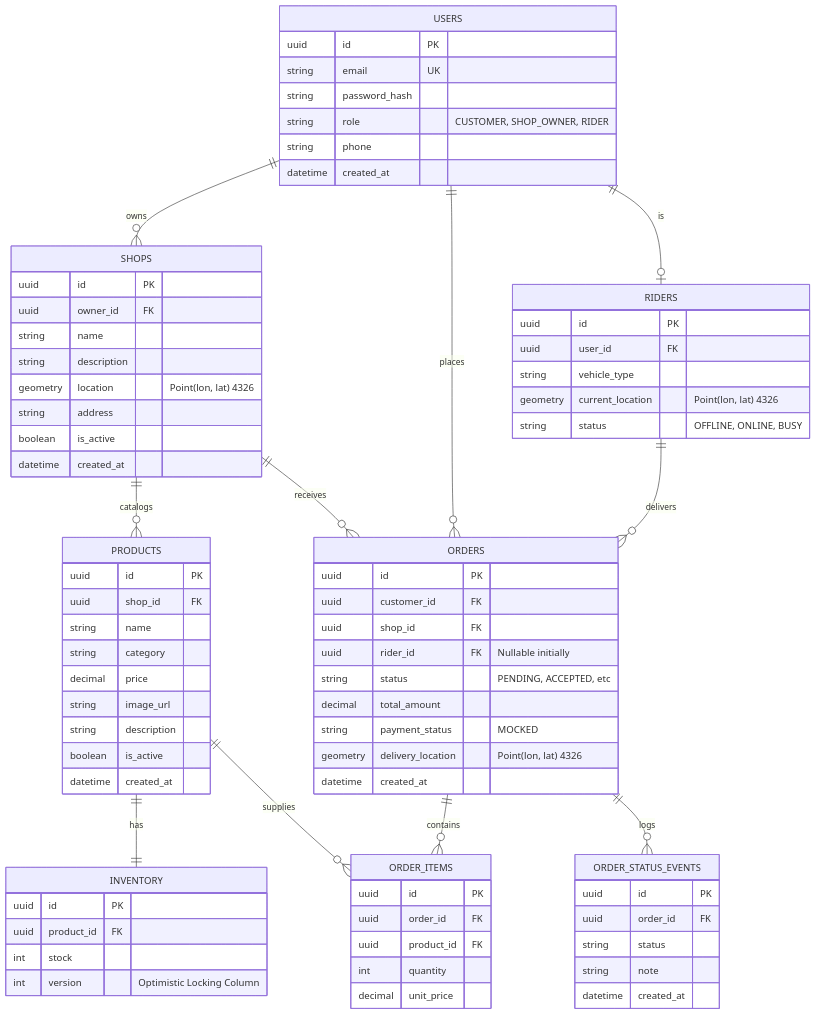
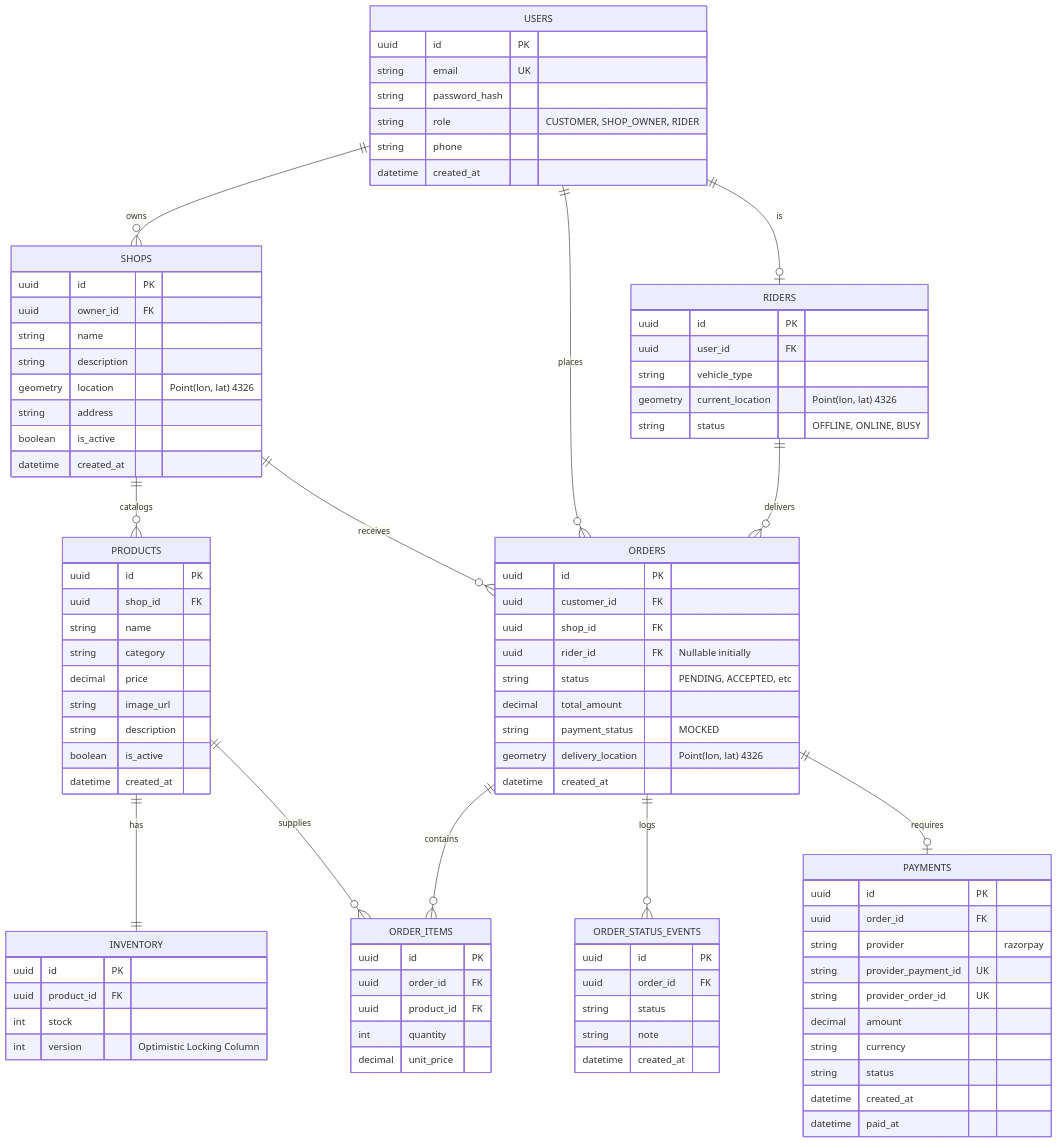
Before and after one commit to sagarraj0570/dukaanly: the diagram in docs/DATABASE_DESIGN.md, drawn with Mermaid. The commit also changed 16 other files, not shown here.

```diff
--- a/docs/DATABASE_DESIGN.md
+++ b/docs/DATABASE_DESIGN.md
@@ -19,6 +19,7 @@
     
     ORDERS ||--o{ ORDER_ITEMS : contains
     ORDERS ||--o{ ORDER_STATUS_EVENTS : logs
+    ORDERS ||--o| PAYMENTS : requires
     RIDERS ||--o{ ORDERS : delivers
     
     USERS {
@@ -80,6 +81,19 @@
         decimal unit_price
     }
 
+    PAYMENTS {
+        uuid id PK
+        uuid order_id FK
+        string provider "razorpay"
+        string provider_payment_id UK
+        string provider_order_id UK
+        decimal amount
+        string currency
+        string status
+        datetime created_at
+        datetime paid_at
+    }
+
     ORDER_STATUS_EVENTS {
         uuid id PK
         uuid order_id FK
```
